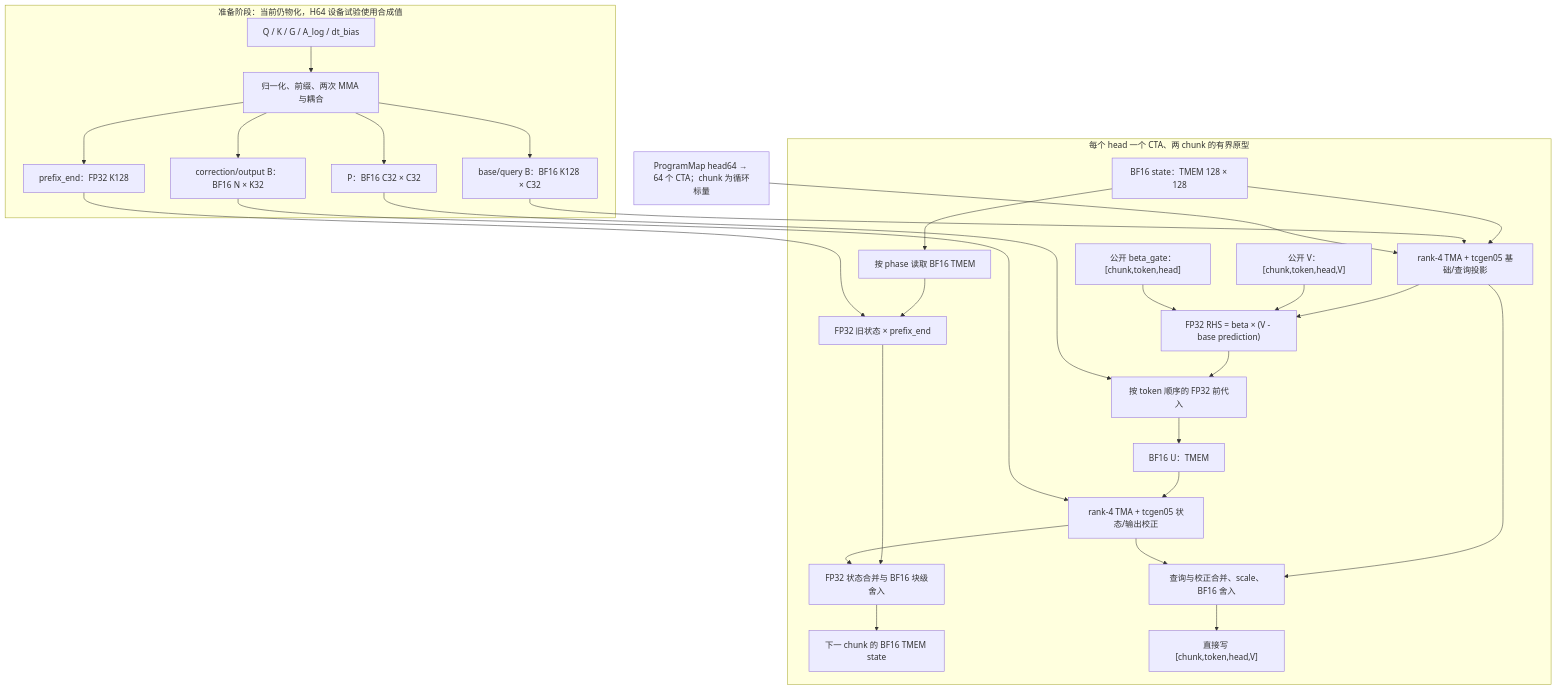
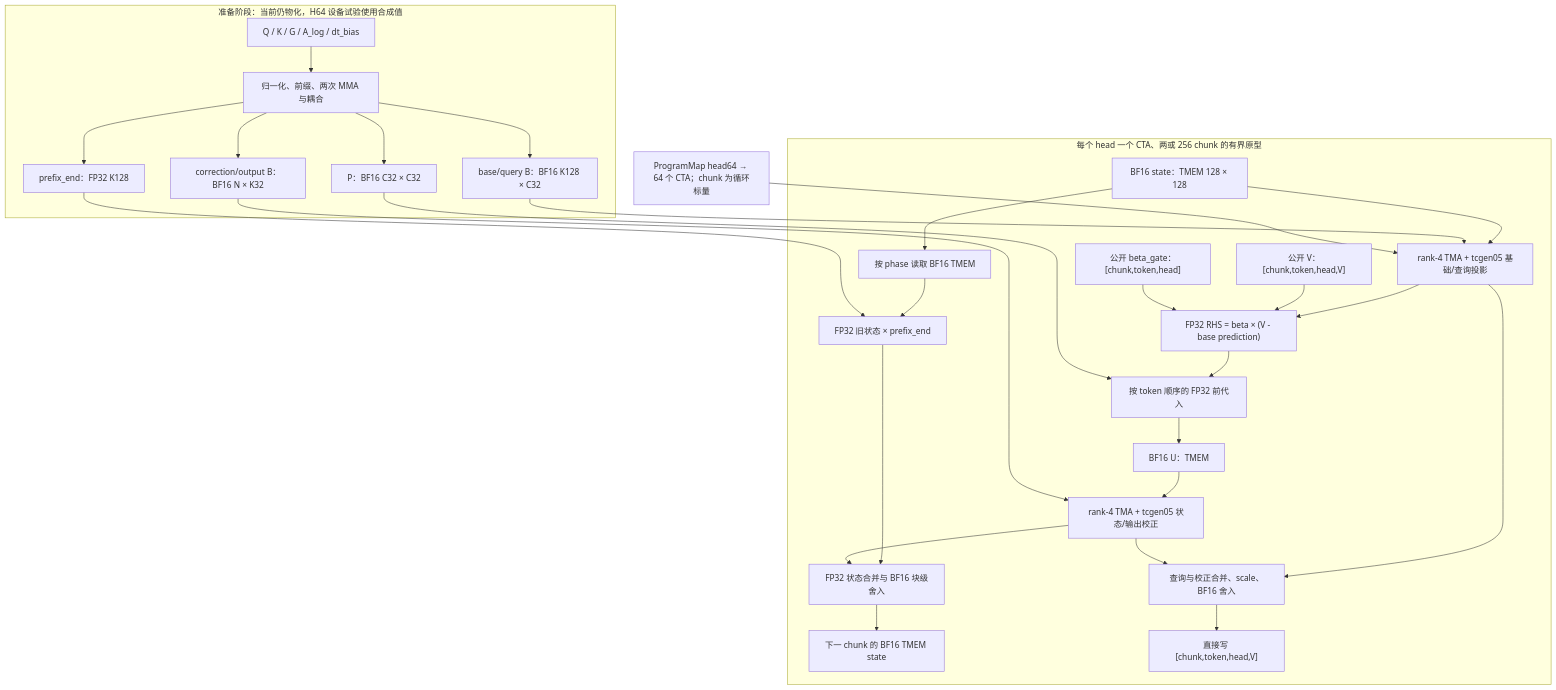
The diagram in docs/figures/kda-b300-native-lowering.mmd (qhy991/open-cake-ir), drawn with Mermaid before and after one commit. The commit also changed 2 other files, not shown here.

Commit message:
Document H64 256-chunk lowering and timing limits

```diff
--- a/docs/figures/kda-b300-native-lowering.mmd
+++ b/docs/figures/kda-b300-native-lowering.mmd
@@ -1,36 +1,36 @@
 flowchart TB
   subgraph prep["准备阶段：当前仍物化，H64 设备试验使用合成值"]
     raw["Q / K / G / A_log / dt_bias"] --> factors["归一化、前缀、两次 MMA 与耦合"]
     factors --> base_b["base/query B：BF16 K128 × C32"]
     factors --> coeff["P：BF16 C32 × C32"]
     factors --> correction_b["correction/output B：BF16 N × K32"]
     factors --> prefix["prefix_end：FP32 K128"]
   end
 
   head["ProgramMap head64 → 64 个 CTA；chunk 为循环标量"]
   public_v["公开 V：[chunk,token,head,V]"]
   beta["公开 beta_gate：[chunk,token,head]"]
 
-  subgraph state["每个 head 一个 CTA、两 chunk 的有界原型"]
+  subgraph state["每个 head 一个 CTA、两或 256 chunk 的有界原型"]
     old_state["BF16 state：TMEM 128 × 128"] --> base["rank-4 TMA + tcgen05 基础/查询投影"]
     base_b --> base
     base --> rhs["FP32 RHS = beta × (V - base prediction)"]
     public_v --> rhs
     beta --> rhs
     rhs --> solve["按 token 顺序的 FP32 前代入"]
     coeff --> solve
     solve --> updates["BF16 U：TMEM"]
     updates --> correction["rank-4 TMA + tcgen05 状态/输出校正"]
     correction_b --> correction
     old_state --> read_state["按 phase 读取 BF16 TMEM"]
     read_state --> decay["FP32 旧状态 × prefix_end"]
     prefix --> decay
     decay --> combine["FP32 状态合并与 BF16 块级舍入"]
     correction --> combine
     combine --> next_state["下一 chunk 的 BF16 TMEM state"]
     base --> output["查询与校正合并、scale、BF16 舍入"]
     correction --> output
     output --> store["直接写 [chunk,token,head,V]"]
   end
 
   head --> base
```
